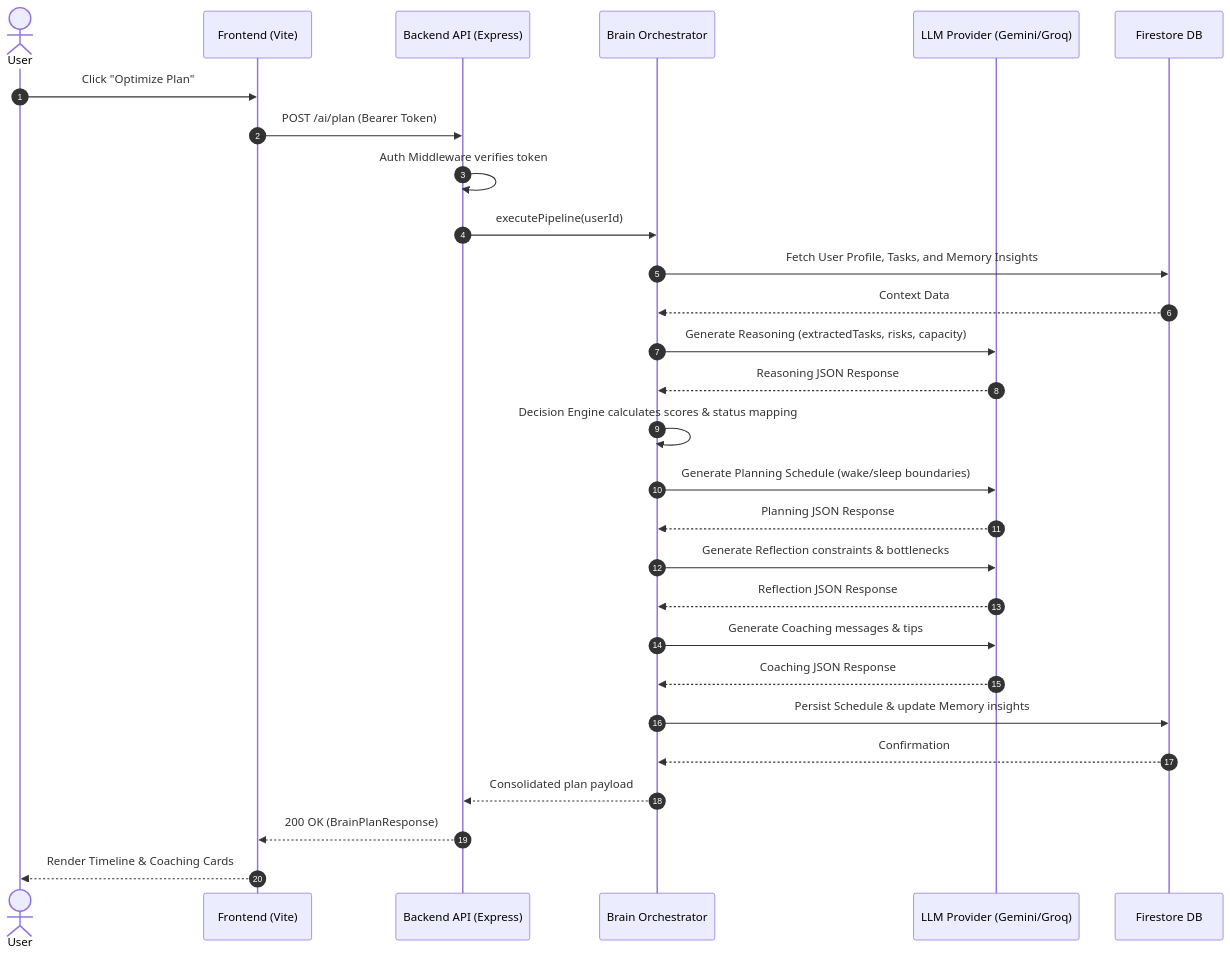
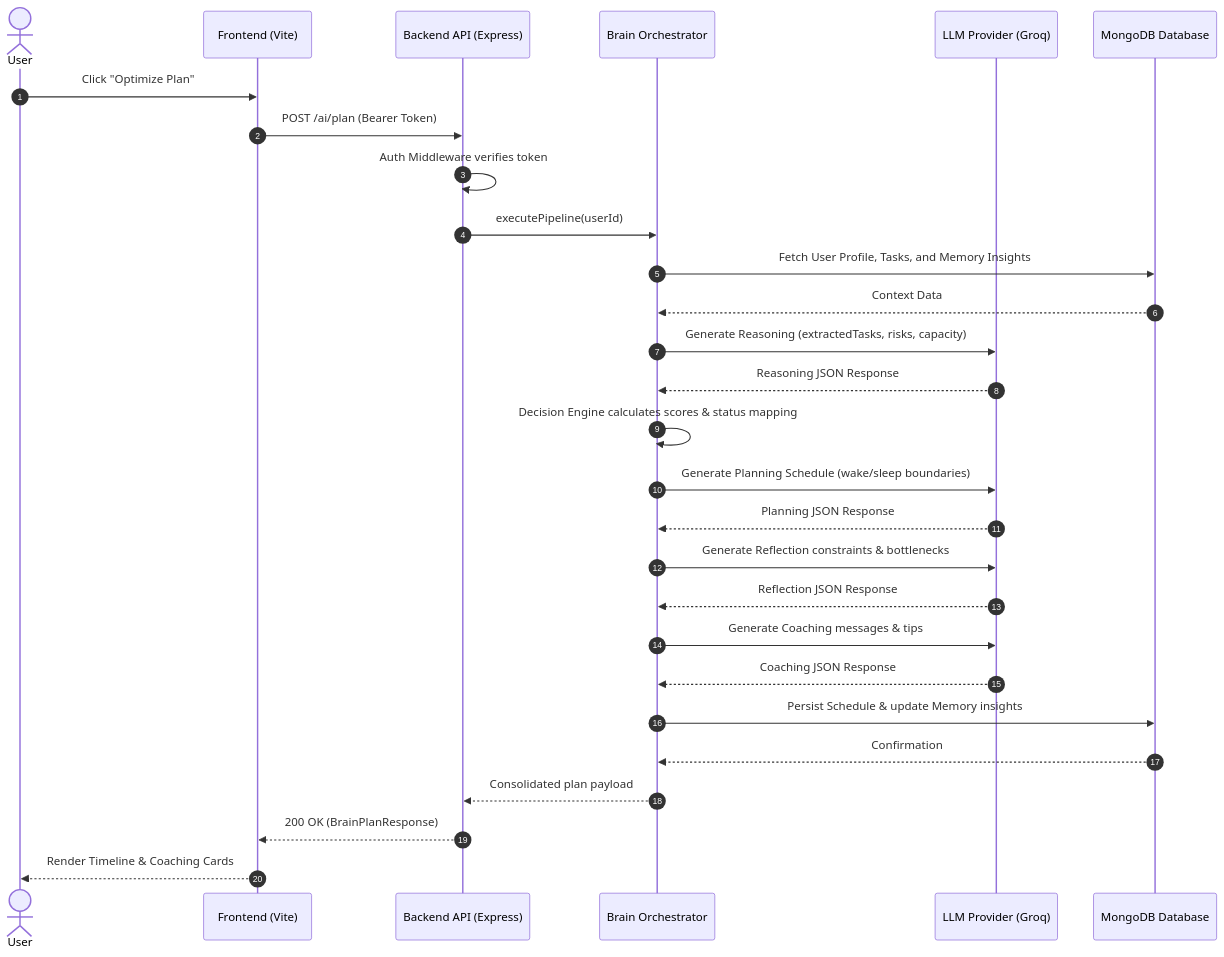
Before and after one commit to Nitish-0710/vibe2ship-momentum: the seventh of 7 diagrams in README.md, drawn with Mermaid. The commit also changed other lines of this file, not shown here.

Commit message:
docs: update README.md to document the MongoDB + Groq infrastructure migration

````diff
--- a/README.md
+++ b/README.md
@@ -377,31 +407,31 @@
 ```mermaid
 sequenceDiagram
     autonumber
     actor User
     participant Frontend as Frontend (Vite)
     participant Backend as Backend API (Express)
     participant Orchestrator as Brain Orchestrator
-    participant LLM as LLM Provider (Gemini/Groq)
-    participant Firestore as Firestore DB
+    participant LLM as LLM Provider (Groq)
+    participant MongoDB as MongoDB Database
 
     User->>Frontend: Click "Optimize Plan"
     Frontend->>Backend: POST /ai/plan (Bearer Token)
     Backend->>Backend: Auth Middleware verifies token
     Backend->>Orchestrator: executePipeline(userId)
-    Orchestrator->>Firestore: Fetch User Profile, Tasks, and Memory Insights
-    Firestore-->>Orchestrator: Context Data
+    Orchestrator->>MongoDB: Fetch User Profile, Tasks, and Memory Insights
+    MongoDB-->>Orchestrator: Context Data
     Orchestrator->>LLM: Generate Reasoning (extractedTasks, risks, capacity)
     LLM-->>Orchestrator: Reasoning JSON Response
     Orchestrator->>Orchestrator: Decision Engine calculates scores & status mapping
     Orchestrator->>LLM: Generate Planning Schedule (wake/sleep boundaries)
     LLM-->>Orchestrator: Planning JSON Response
     Orchestrator->>LLM: Generate Reflection constraints & bottlenecks
     LLM-->>Orchestrator: Reflection JSON Response
     Orchestrator->>LLM: Generate Coaching messages & tips
     LLM-->>Orchestrator: Coaching JSON Response
-    Orchestrator->>Firestore: Persist Schedule & update Memory insights
-    Firestore-->>Orchestrator: Confirmation
+    Orchestrator->>MongoDB: Persist Schedule & update Memory insights
+    MongoDB-->>Orchestrator: Confirmation
     Orchestrator-->>Backend: Consolidated plan payload
     Backend-->>Frontend: 200 OK (BrainPlanResponse)
     Frontend-->>User: Render Timeline & Coaching Cards
 ```
````
